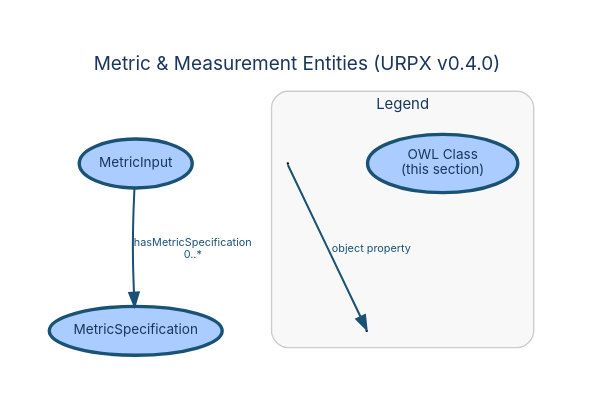
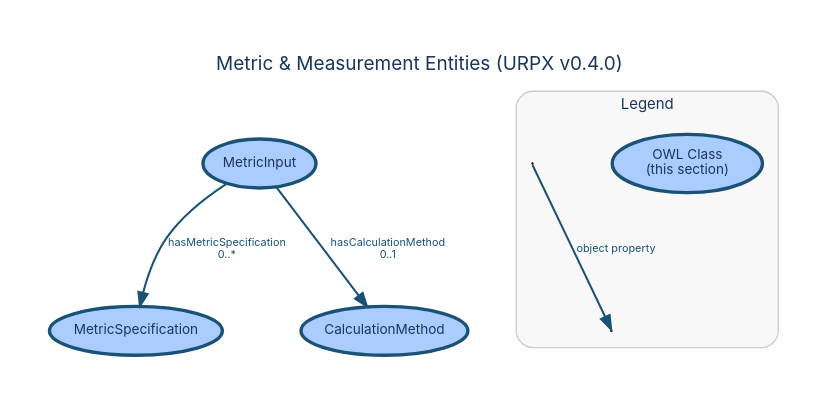
Before and after one commit to urpx-org/urpx: the diagram in documentation/diagrams/dictionary/metric-measurement-entities.dot, drawn with Graphviz. The commit also changed 11 other files, not shown here.

```diff
--- a/documentation/diagrams/dictionary/metric-measurement-entities.dot
+++ b/documentation/diagrams/dictionary/metric-measurement-entities.dot
@@ -1,49 +1,56 @@
 digraph "Metric & Measurement Entities" {
     rankdir=TB;
     bgcolor="white";
     pad=0.4;
     nodesep=0.8;
     ranksep=0.9;
     fontname="Inter, Helvetica, Arial, sans-serif";
     label="Metric & Measurement Entities (URPX v0.4.0)";
     labelloc="t";
     fontsize=14;
     fontcolor="#1a365d";
     node [fontname="Inter, Helvetica, Arial, sans-serif", fontsize=10, style=filled, fontcolor="#1a365d"];
     edge [fontname="Inter, Helvetica, Arial, sans-serif", fontsize=8, fontcolor="#1a365d"];
 
     // Section classes
     MetricInput [
         label="MetricInput"
         shape=ellipse, fillcolor="#aaccff", color="#1a5276", penwidth=2.5
     ];
     MetricSpecification [
         label="MetricSpecification"
         shape=ellipse, fillcolor="#aaccff", color="#1a5276", penwidth=2.5
     ];
+    CalculationMethod [
+        label="CalculationMethod"
+        shape=ellipse, fillcolor="#aaccff", color="#1a5276", penwidth=2.5
+    ];
 
     // Object property edges
+    MetricInput -> CalculationMethod [
+        label="hasCalculationMethod\n0..1", color="#1a5276", fontcolor="#1a5276", penwidth=1.5
+    ];
     MetricInput -> MetricSpecification [
         label="hasMetricSpecification\n0..*", color="#1a5276", fontcolor="#1a5276", penwidth=1.5
     ];
 
     // Layout-specified rank groups
     { rank=same; MetricInput; }
-    { rank=same; MetricSpecification; }
+    { rank=same; MetricSpecification; CalculationMethod; }
 
     subgraph cluster_legend {
         label="Legend";
         fontname="Inter, Helvetica, Arial, sans-serif";
         fontsize=11;
         fontcolor="#1a365d";
         style=rounded;
         color="#cccccc";
         bgcolor="#f8f8f8";
         margin=12;
 
         leg_class [label="OWL Class\n(this section)", shape=ellipse, fillcolor="#aaccff", color="#1a5276", penwidth=2.5];
         leg_src [label=" ", shape=point, width=0.01];
         leg_tgt1 [label=" ", shape=point, width=0.01];
         leg_src -> leg_tgt1 [label="object property", color="#1a5276", fontcolor="#1a5276", penwidth=1.5];
     }
 }
```
